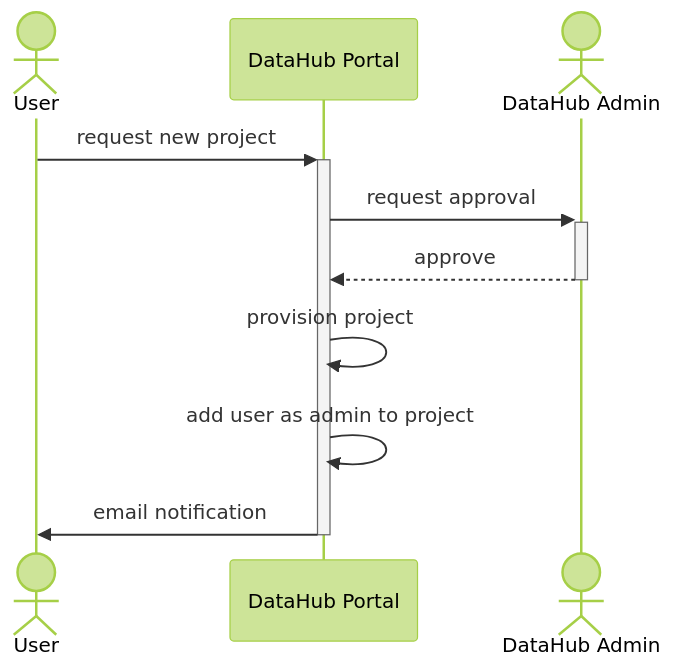
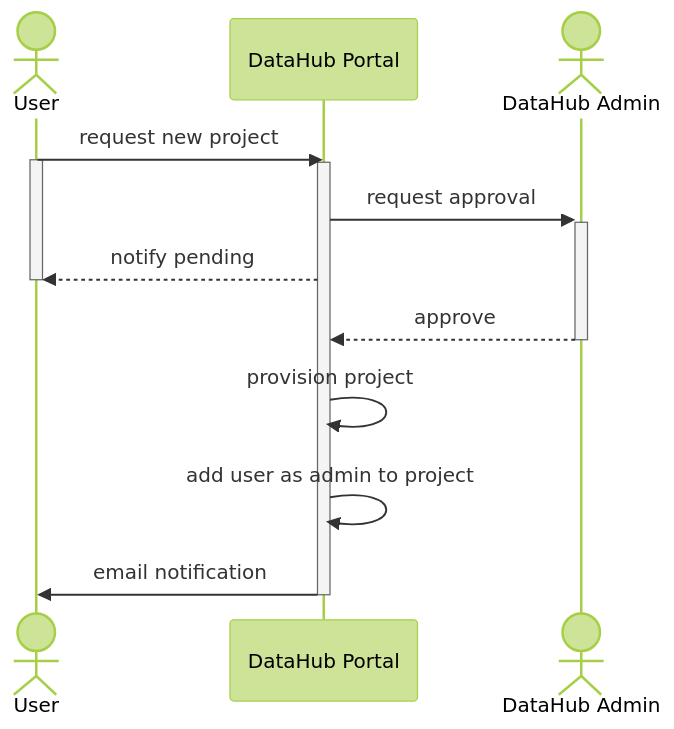
Before and after one commit to ssc-sp/datahub-portal: the third of 4 diagrams in docs/use-cases.md, drawn with Mermaid (forest theme). The commit also changed other lines of this file, not shown here.

````diff
--- a/docs/use-cases.md
+++ b/docs/use-cases.md
@@ -77,18 +74,17 @@
 ```mermaid
 sequenceDiagram
     actor U as User
     participant P as DataHub Portal
     actor D as DataHub Admin
 
-    U->>+P: request new project
+    U->>P: request new project
+    activate U
+    activate P
     P->>+D: request approval
+    P-->>U: notify pending
+    deactivate U
     D-->>-P: approve
     P->>P: provision project
     P->>P: add user as admin to project
     P->>-U: email notification
-
-    %% activate U
-    %% U->>-P: login to portal
-    %% activate P
-    %% P->>-P: update registration status (logged in)
 ```
````
